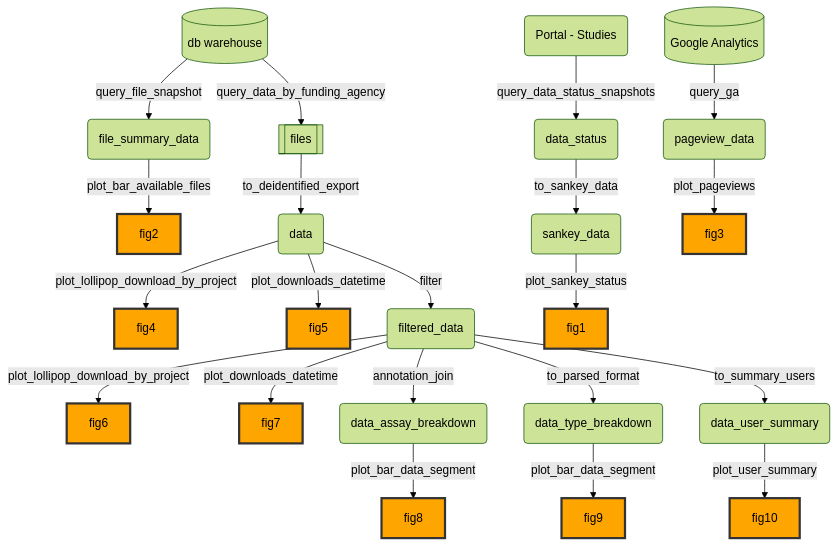
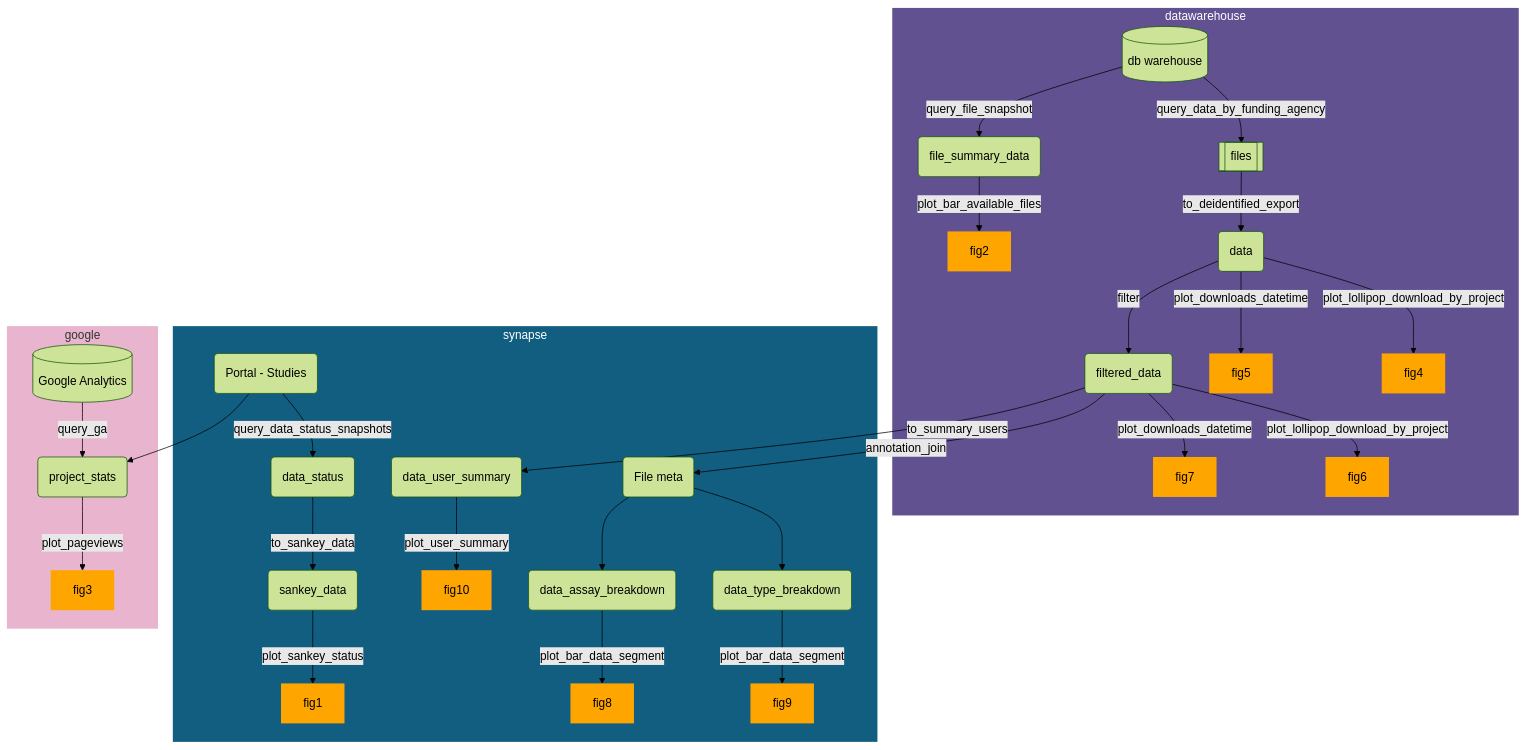
One commit to nf-osi/usagereports changed the diagram in README.md. Above: the diagram before and after it, drawn with Mermaid (forest theme). The commit also changed other lines of this file, not shown here.

Commit message:
Update workflow diagram and template section in README

````diff
--- a/README.md
+++ b/README.md
@@ -21,33 +21,46 @@
 ```mermaid
+
 flowchart TD
     
-    classDef fig fill:orange,stroke:#333,stroke-width:3px;
+    classDef fig fill:orange,stroke:#333,stroke-width:0px;
     class fig1,fig2,fig3,fig4,fig5,fig6,fig7,fig8,fig9,fig10 fig;
+    style datawarehouse fill:#625191,stroke-width:0px
+    style synapse fill:#125e81,stroke-width:0px
+    style google fill:#e9b4ce,stroke-width:0px
+    style datawarehouse color:white
+    style synapse color:white
+
+
+    subgraph datawarehouse
+        dw[(db warehouse)] -- query_data_by_funding_agency --> files[[files]] 
+        dw -- query_file_snapshot --> file_summary_data(file_summary_data)
+        file_summary_data -- plot_bar_available_files --> fig2:::fig
+        files -- to_deidentified_export --> data(data) 
+        data -- plot_lollipop_download_by_project --> fig4:::fig
+        data -- plot_downloads_datetime --> fig5:::fig
+        data -- filter --> filtered_data(filtered_data)
+        filtered_data -- plot_lollipop_download_by_project --> fig6:::fig
+        filtered_data -- plot_downloads_datetime --> fig7:::fig
+    end
     
-    dw[(db warehouse)] -- query_data_by_funding_agency --> files[[files]] 
-    dw -- query_file_snapshot --> file_summary_data(file_summary_data)
-    file_summary_data -- plot_bar_available_files --> fig2:::fig
-    files -- to_deidentified_export --> data(data) 
-    data -- plot_lollipop_download_by_project --> fig4:::fig
-    data -- plot_downloads_datetime --> fig5:::fig
-    
-    data -- filter --> filtered_data(filtered_data)
-    filtered_data -- plot_lollipop_download_by_project --> fig6:::fig
-    filtered_data -- plot_downloads_datetime --> fig7:::fig
-    
-    studies(Portal - Studies) -- query_data_status_snapshots --> data_status(data_status)
-    data_status -- to_sankey_data --> sankey_data(sankey_data)
-    sankey_data(sankey_data) -- plot_sankey_status --> fig1:::fig
-    
-    GA[(Google Analytics)] -- query_ga --> pageview_data(pageview_data)
-    pageview_data -- plot_pageviews --> fig3:::fig
-    
-    filtered_data -- annotation_join --> data_assay_breakdown(data_assay_breakdown)
-    filtered_data -- to_parsed_format --> data_type_breakdown(data_type_breakdown)
-    data_assay_breakdown -- plot_bar_data_segment --> fig8:::fig
-    data_type_breakdown -- plot_bar_data_segment --> fig9:::fig
-    filtered_data -- to_summary_users --> data_user_summary(data_user_summary)
-    data_user_summary -- plot_user_summary --> fig10:::fig
-    
+    subgraph synapse
+        studies(Portal - Studies) -- query_data_status_snapshots --> data_status(data_status)
+        data_status -- to_sankey_data --> sankey_data(sankey_data)
+        sankey_data(sankey_data) -- plot_sankey_status --> fig1:::fig
+
+        filemeta(File meta) --> data_type_breakdown(data_type_breakdown)
+        filemeta(File meta) --> data_assay_breakdown(data_assay_breakdown)
+        filtered_data -- annotation_join --> filemeta
+        data_assay_breakdown -- plot_bar_data_segment --> fig8:::fig
+        data_type_breakdown -- plot_bar_data_segment --> fig9:::fig
+        filtered_data -- to_summary_users --> data_user_summary(data_user_summary)
+        data_user_summary -- plot_user_summary --> fig10:::fig
+    end
+
+    subgraph google
+        studies --> project_stats
+        GA[(Google Analytics)] -- query_ga --> project_stats(project_stats)
+        project_stats -- plot_pageviews --> fig3:::fig
+    end
     
 ```
````
